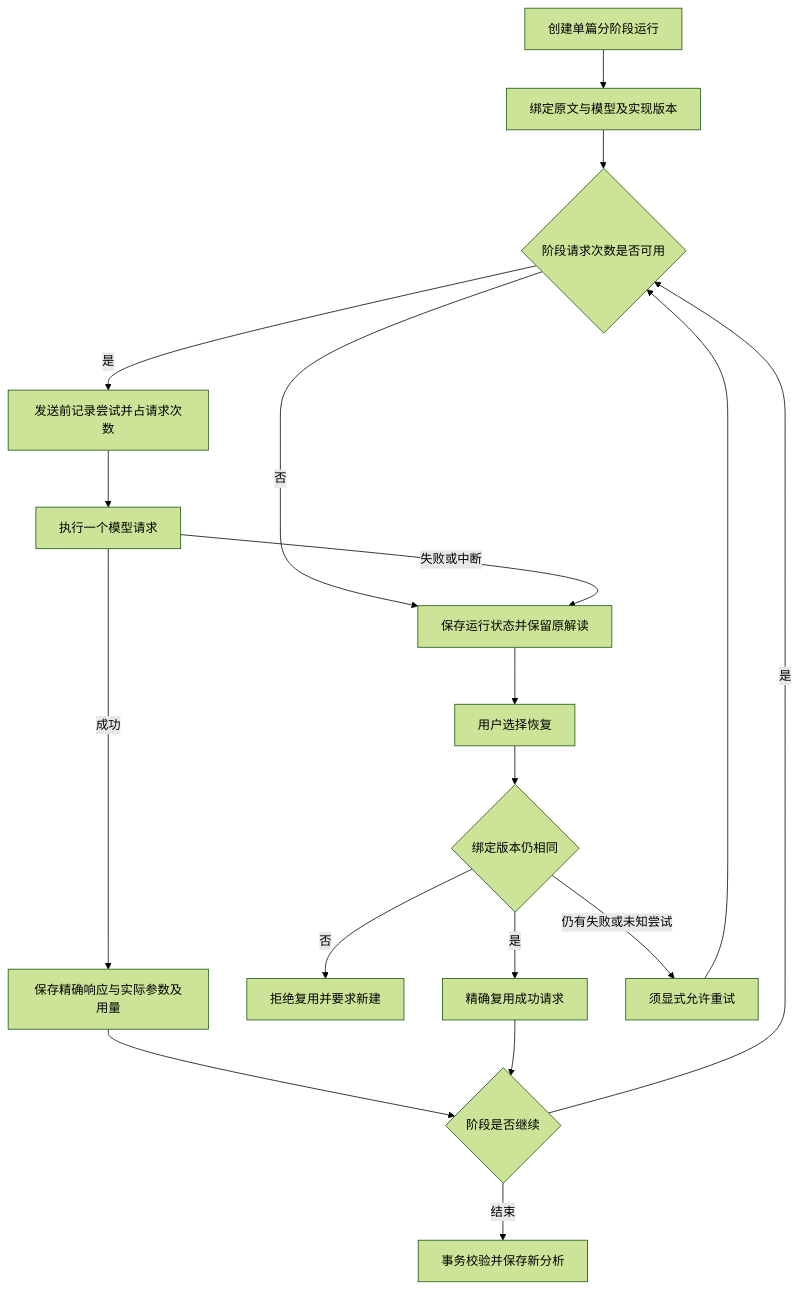
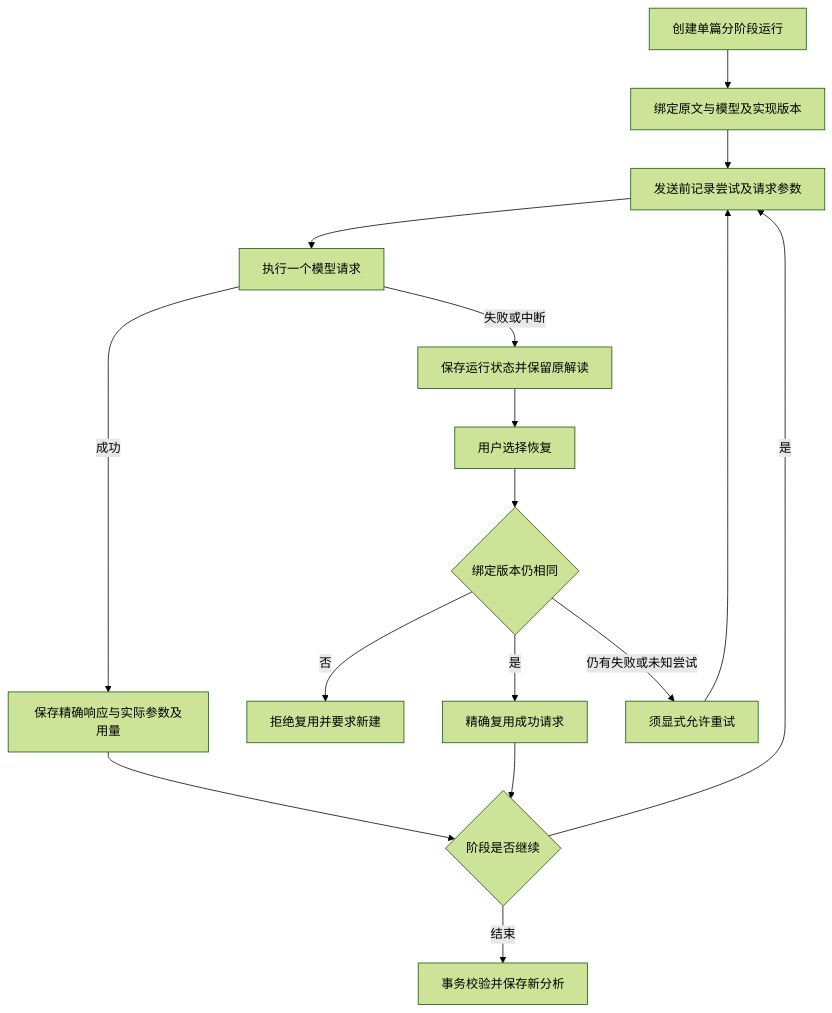
Before and after one commit to kingjone0/litprism: the diagram in docs/modules/06-模型运行与数据管理.md, drawn with Mermaid (forest theme). The commit also changed other lines of this file and 48 other files, not shown here.

````diff
--- a/docs/modules/06-模型运行与数据管理.md
+++ b/docs/modules/06-模型运行与数据管理.md
@@ -15,20 +17,18 @@
 ```mermaid
 flowchart TD
     A[创建单篇分阶段运行] --> B[绑定原文与模型及实现版本]
-    B --> BUDGET{阶段请求次数是否可用}
-    BUDGET -->|是| C[发送前记录尝试并占请求次数]
-    BUDGET -->|否| H[保存运行状态并保留原解读]
+    B --> C[发送前记录尝试及请求参数]
     C --> D[执行一个模型请求]
     D -->|成功| E[保存精确响应与实际参数及用量]
     E --> F{阶段是否继续}
-    F -->|是| BUDGET
+    F -->|是| C
     F -->|结束| G[事务校验并保存新分析]
-    D -->|失败或中断| H
+    D -->|失败或中断| H[保存运行状态并保留原解读]
     H --> I[用户选择恢复]
     I --> J{绑定版本仍相同}
     J -->|否| K[拒绝复用并要求新建]
     J -->|是| L[精确复用成功请求]
     L --> F
     J -->|仍有失败或未知尝试| M[须显式允许重试]
-    M --> BUDGET
+    M --> C
 ```
````
